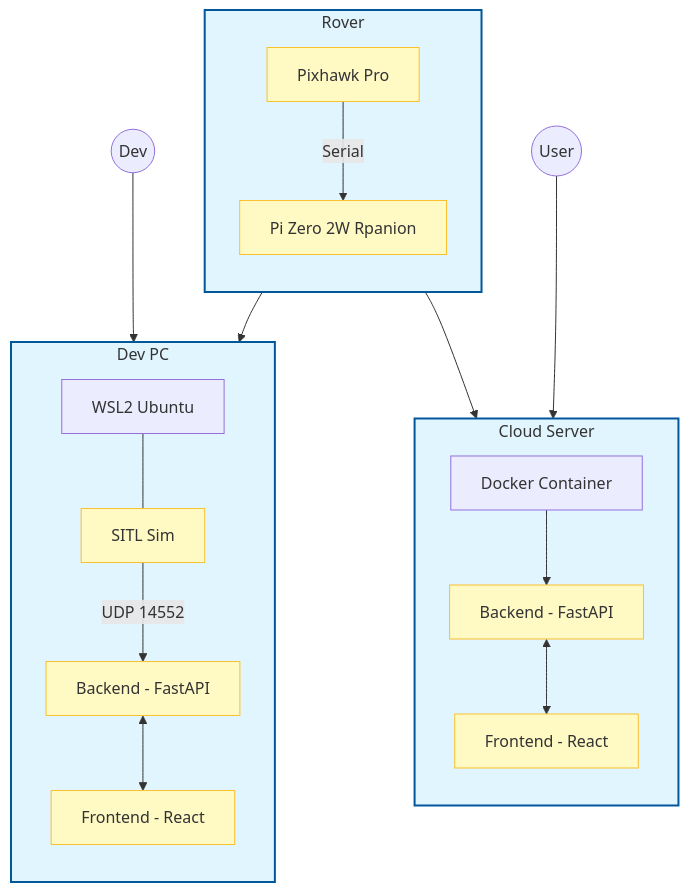
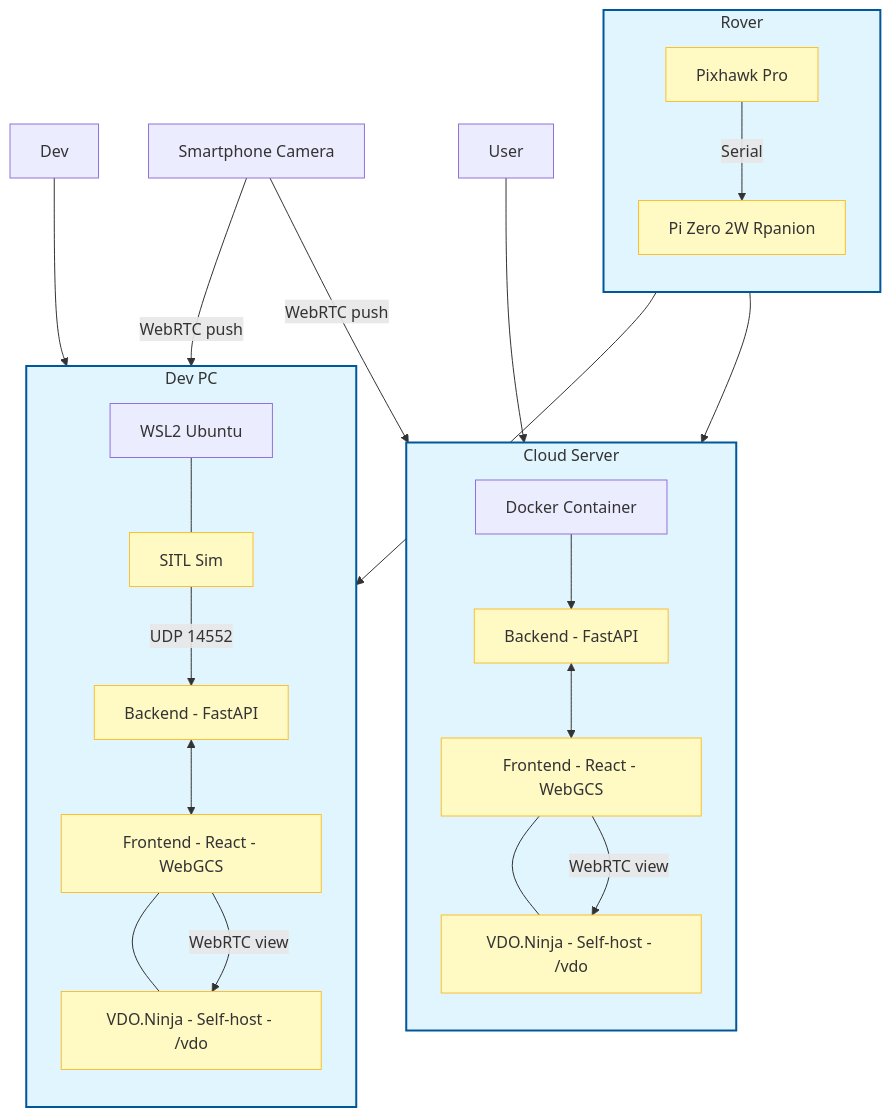
Before and after one commit to zorosdrone/rover-gcs: the first of 5 diagrams in docs/architecture.md, drawn with Mermaid. The commit also changed other lines of this file and 1 other file, not shown here.

````diff
--- a/docs/architecture.md
+++ b/docs/architecture.md
@@ -5,48 +5,58 @@
 ```mermaid
 graph TD
     %% Class definitions (simplified for renderer compatibility)
     classDef hardware fill:#e1f5fe,stroke:#01579b,stroke-width:2px;
     classDef software fill:#fff9c4,stroke:#fbc02d,stroke-width:1px;
 
     %% 1. Rover (Field)
     subgraph Rover_System [Rover]
         direction TB
         Pixhawk[Pixhawk Pro]
         PiZero[Pi Zero 2W Rpanion]
         Pixhawk -->|Serial| PiZero
     end
 
     %% 2. Cloud Server
     subgraph Cloud_Server [Cloud Server]
         direction TB
         Docker[Docker Container]
         Backend_Prod[Backend - FastAPI]
-        Frontend_Prod[Frontend - React]
+        Frontend_Prod[Frontend - React - WebGCS]
+        VDO_Prod[VDO.Ninja - Self-host - /vdo]
         Docker --> Backend_Prod
         Backend_Prod <--> Frontend_Prod
+        Frontend_Prod --- VDO_Prod
     end
 
     %% 3. Home Dev PC
     subgraph Home_PC [Dev PC]
         direction TB
         WSL[WSL2 Ubuntu]
         SITL[SITL Sim]
         Backend_Dev[Backend - FastAPI]
-        Frontend_Dev[Frontend - React]
+        Frontend_Dev[Frontend - React - WebGCS]
+        VDO_Dev[VDO.Ninja - Self-host - /vdo]
         WSL --- SITL
         SITL -->|UDP 14552| Backend_Dev
         Backend_Dev <--> Frontend_Dev
+        Frontend_Dev --- VDO_Dev
     end
 
     %% Network (Tailscale)
     PiZero --> Backend_Prod
     PiZero --> Backend_Dev
 
     %% User access
-    User((User)) --> Frontend_Prod
-    Dev((Dev)) --> Frontend_Dev
+    User[User] --> Frontend_Prod
+    Dev[Dev] --> Frontend_Dev
+
+    %% WebRTC Camera
+    Phone[Smartphone Camera] -->|WebRTC push| VDO_Prod
+    Phone[Smartphone Camera] -->|WebRTC push| VDO_Dev
+    Frontend_Prod -->|WebRTC view| VDO_Prod
+    Frontend_Dev -->|WebRTC view| VDO_Dev
 
     %% Apply styles
     class Rover_System,Cloud_Server,Home_PC hardware;
-    class Pixhawk,PiZero,Backend_Prod,Frontend_Prod,SITL,Backend_Dev,Frontend_Dev software;
+    class Pixhawk,PiZero,Backend_Prod,Frontend_Prod,VDO_Prod,SITL,Backend_Dev,Frontend_Dev,VDO_Dev software;
 ```
````
